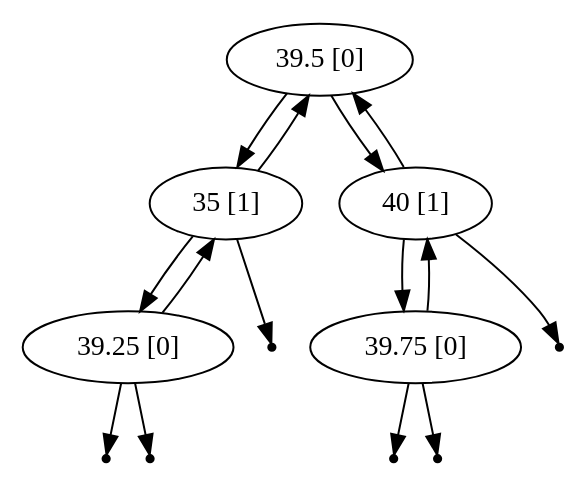
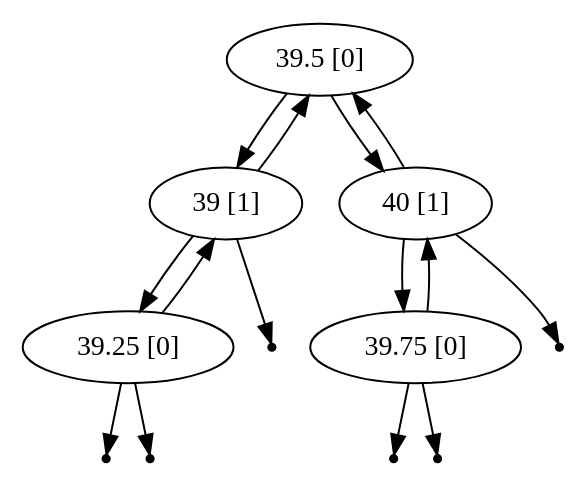
The diagram in graphviz/avl-after-remove.gv (rchrd2/js), drawn with Graphviz before and after one commit. The commit also changed 5 other files, not shown here.

Commit message:
Add basic graph data structure.

```diff
--- a/graphviz/avl-after-remove.gv
+++ b/graphviz/avl-after-remove.gv
@@ -1,1 +1,1 @@
-digraph BST { 39.5 [label="39.5 [0]" ]; 39.5 -> 35; 39.5 -> 40; 35 [label="35 [1]" ]; 35 -> 39.25; null0 [shape=point]; 35 -> null0; 35 -> 39.5; 40 [label="40 [1]" ]; 40 -> 39.75; null1 [shape=point]; 40 -> null1; 40 -> 39.5; 39.25 [label="39.25 [0]" ]; null2 [shape=point]; 39.25 -> null2; null3 [shape=point]; 39.25 -> null3; 39.25 -> 35; 39.75 [label="39.75 [0]" ]; null4 [shape=point]; 39.75 -> null4; null5 [shape=point]; 39.75 -> null5; 39.75 -> 40; }
+digraph BST { 39.5 [label="39.5 [0]" ]; 39.5 -> 39; 39.5 -> 40; 39 [label="39 [1]" ]; 39 -> 39.25; null0 [shape=point]; 39 -> null0; 39 -> 39.5; 40 [label="40 [1]" ]; 40 -> 39.75; null1 [shape=point]; 40 -> null1; 40 -> 39.5; 39.25 [label="39.25 [0]" ]; null2 [shape=point]; 39.25 -> null2; null3 [shape=point]; 39.25 -> null3; 39.25 -> 39; 39.75 [label="39.75 [0]" ]; null4 [shape=point]; 39.75 -> null4; null5 [shape=point]; 39.75 -> null5; 39.75 -> 40; }
```
